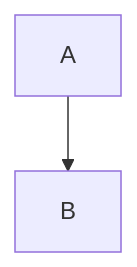
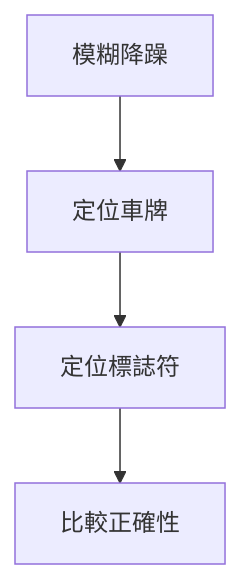
One commit to grant1004/license-plate-recognition changed the diagram in README.md. Above: the diagram before and after it, drawn with Mermaid.

````diff
--- a/README.md
+++ b/README.md
@@ -14,4 +14,4 @@
 ```mermaid
 flowchart TD;
-  A-->B;
+  模糊降躁-->定位車牌-->定位標誌符-->比較正確性
 ```
````
